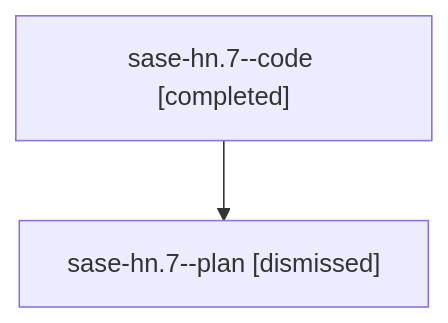
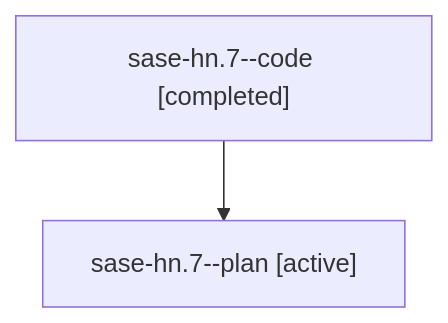
One commit to sase-org/sase--agents changed the diagram in families/bbugyi200.athena.sase-hn.7.md. Above: the diagram before and after it, drawn with Mermaid. The commit also changed other lines of this file and 35830 other files, not shown here.

````diff
--- a/families/bbugyi200.athena.sase-hn.7.md
+++ b/families/bbugyi200.athena.sase-hn.7.md
@@ -9,6 +9,6 @@
 ```mermaid
 flowchart TD
   n0["sase-hn.7--code [completed]"]
-  n1["sase-hn.7--plan [dismissed]"]
+  n1["sase-hn.7--plan [active]"]
   n0 --> n1
 ```
````
